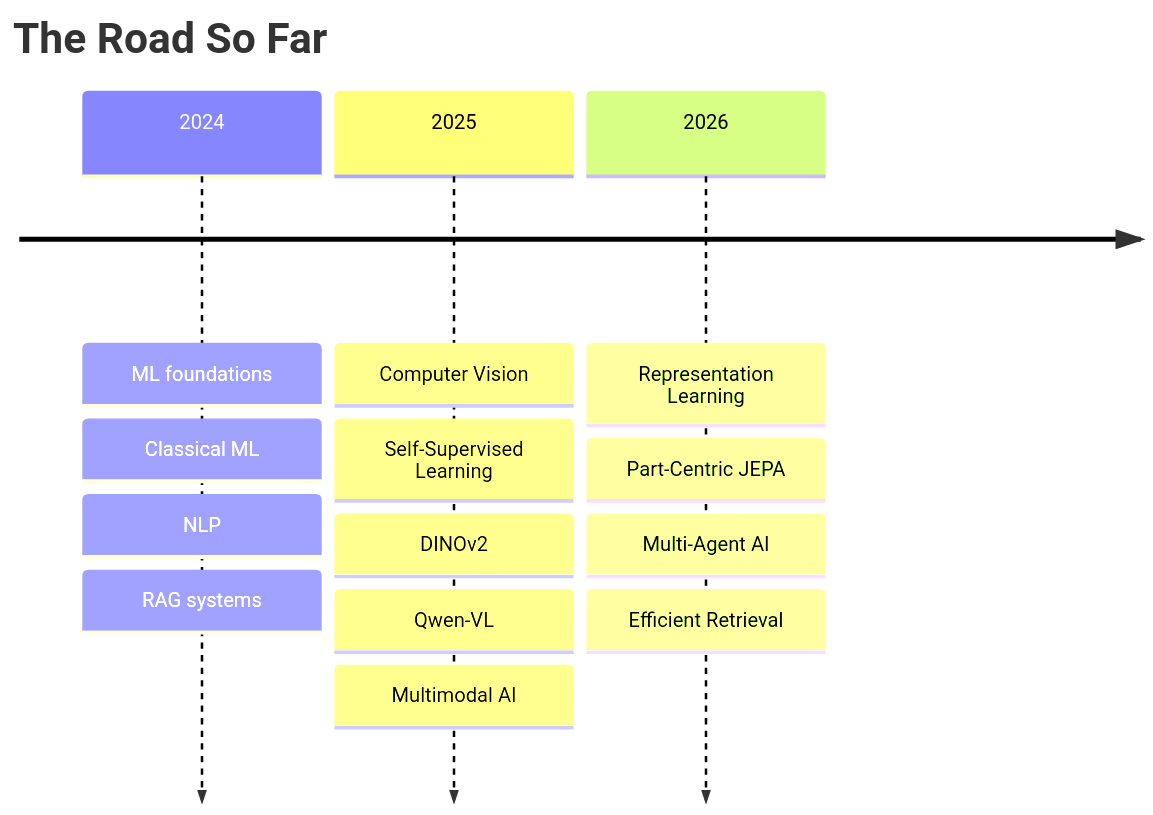
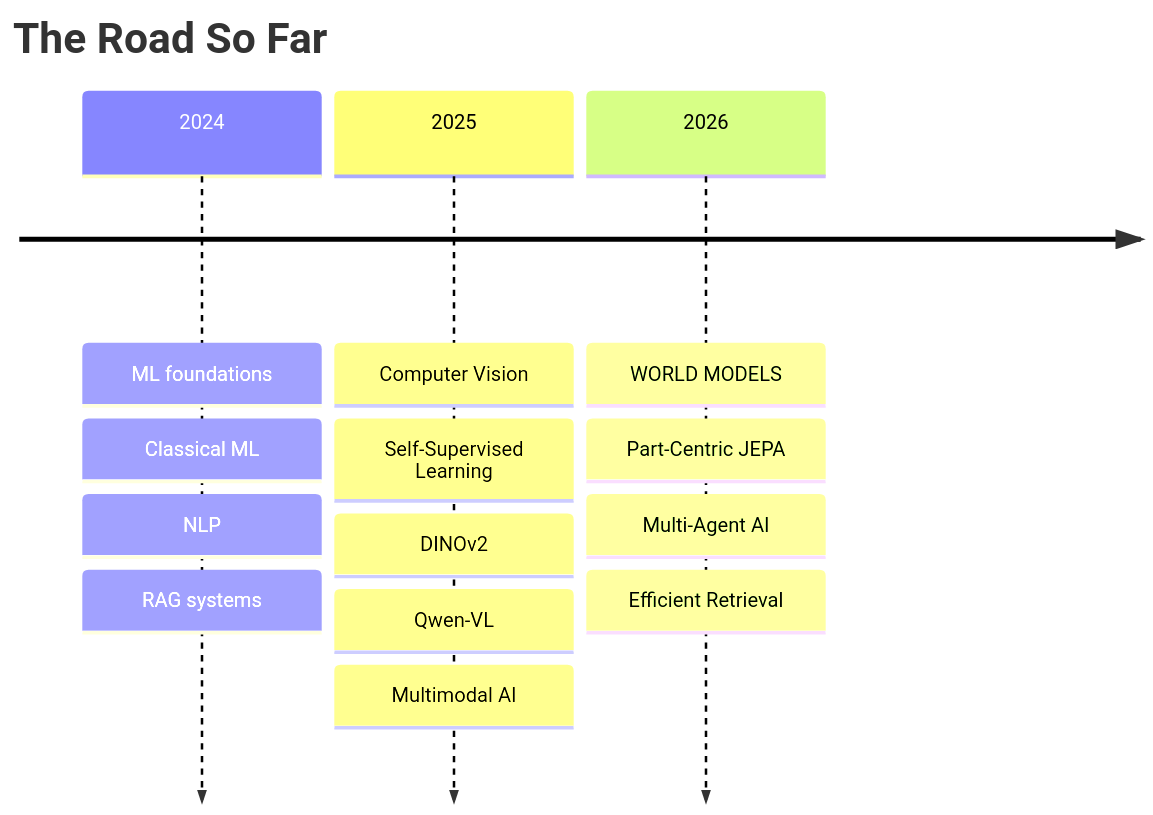
Before and after one commit to 23ME30056/23ME30056: the diagram in README.md, drawn with Mermaid. The commit also changed other lines of this file, not shown here.

Commit message:
Update focus area to 'world models' in README

````diff
--- a/README.md
+++ b/README.md
@@ -293,7 +293,7 @@
 ```mermaid
 timeline
     title The Road So Far
     2024 : ML foundations : Classical ML : NLP : RAG systems
     2025 : Computer Vision : Self-Supervised Learning : DINOv2 : Qwen-VL : Multimodal AI
-    2026 : Representation Learning : Part-Centric JEPA : Multi-Agent AI : Efficient Retrieval
+    2026 : WORLD MODELS : Part-Centric JEPA : Multi-Agent AI : Efficient Retrieval
 ```
````
